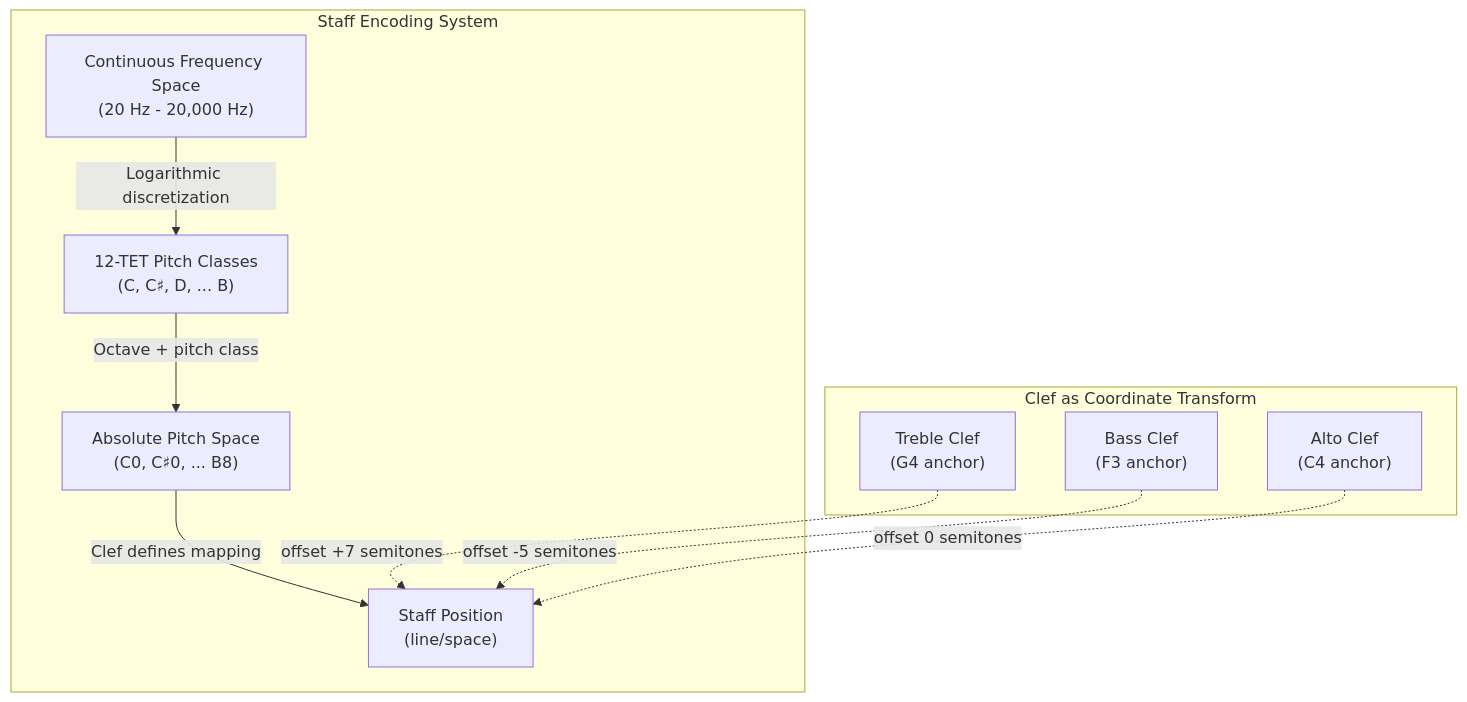
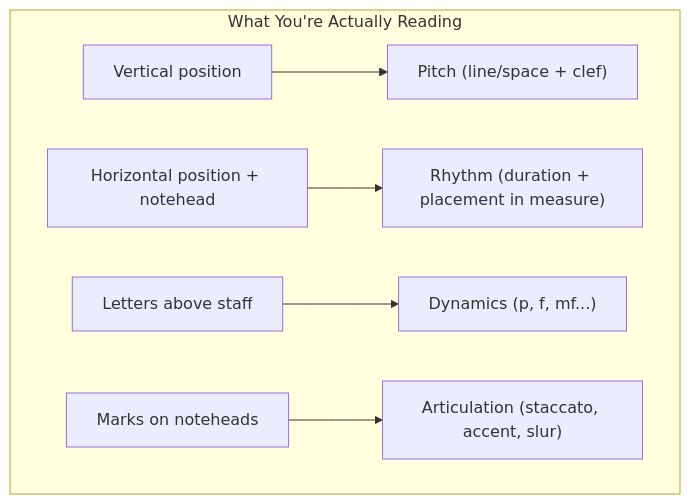
Before and after one commit to blebleblee/synapse: the first of 4 diagrams in topics/arts/composition/music_theory/lesson_01_music_notation.md, drawn with Mermaid. The commit also changed other lines of this file and 4 other files, not shown here.

````diff
--- a/topics/arts/composition/music_theory/lesson_01_music_notation.md
+++ b/topics/arts/composition/music_theory/lesson_01_music_notation.md
@@ -27,14 +9,9 @@
 ```mermaid
 graph TB
-    subgraph sub_staff_encoding_system ["Staff Encoding System"]
-        A["Continuous Frequency Space<br/>(20 Hz - 20,000 Hz)"] -->|"Logarithmic discretization"| B["12-TET Pitch Classes<br/>(C, C♯, D, ... B)"]
-        B -->|"Octave + pitch class"| C["Absolute Pitch Space<br/>(C0, C♯0, ... B8)"]
-        C -->|"Clef defines mapping"| D["Staff Position<br/>(line/space)"]
-    end
-    
-    subgraph sub_clef_as_coordinate_transform ["Clef as Coordinate Transform"]
-        E["Treble Clef<br/>(G4 anchor)"] -.->|"offset +7 semitones"| D
-        F["Bass Clef<br/>(F3 anchor)"] -.->|"offset -5 semitones"| D
-        G["Alto Clef<br/>(C4 anchor)"] -.->|"offset 0 semitones"| D
+    subgraph sub_notation_map ["What You're Actually Reading"]
+        A["Vertical position"] --> B["Pitch (line/space + clef)"]
+        C["Horizontal position + notehead"] --> D["Rhythm (duration + placement in measure)"]
+        E["Letters above staff"] --> F["Dynamics (p, f, mf...)"]
+        G["Marks on noteheads"] --> H["Articulation (staccato, accent, slur)"]
     end
 ```
````
